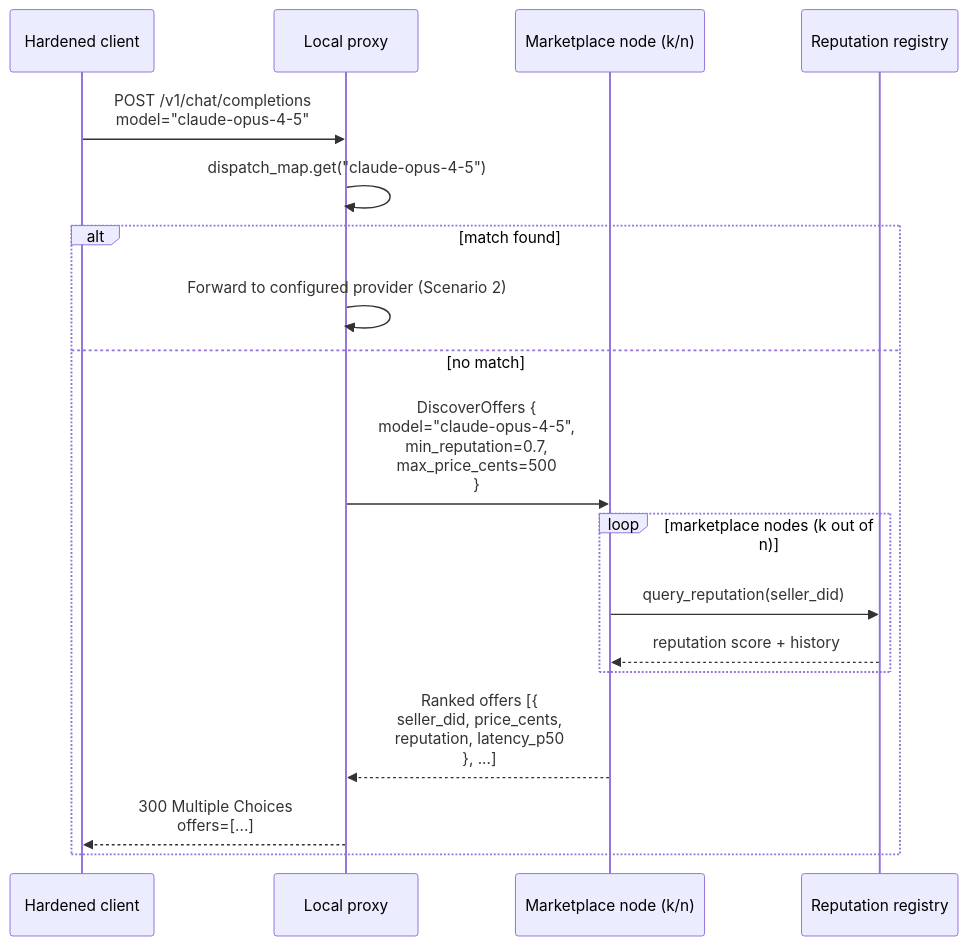
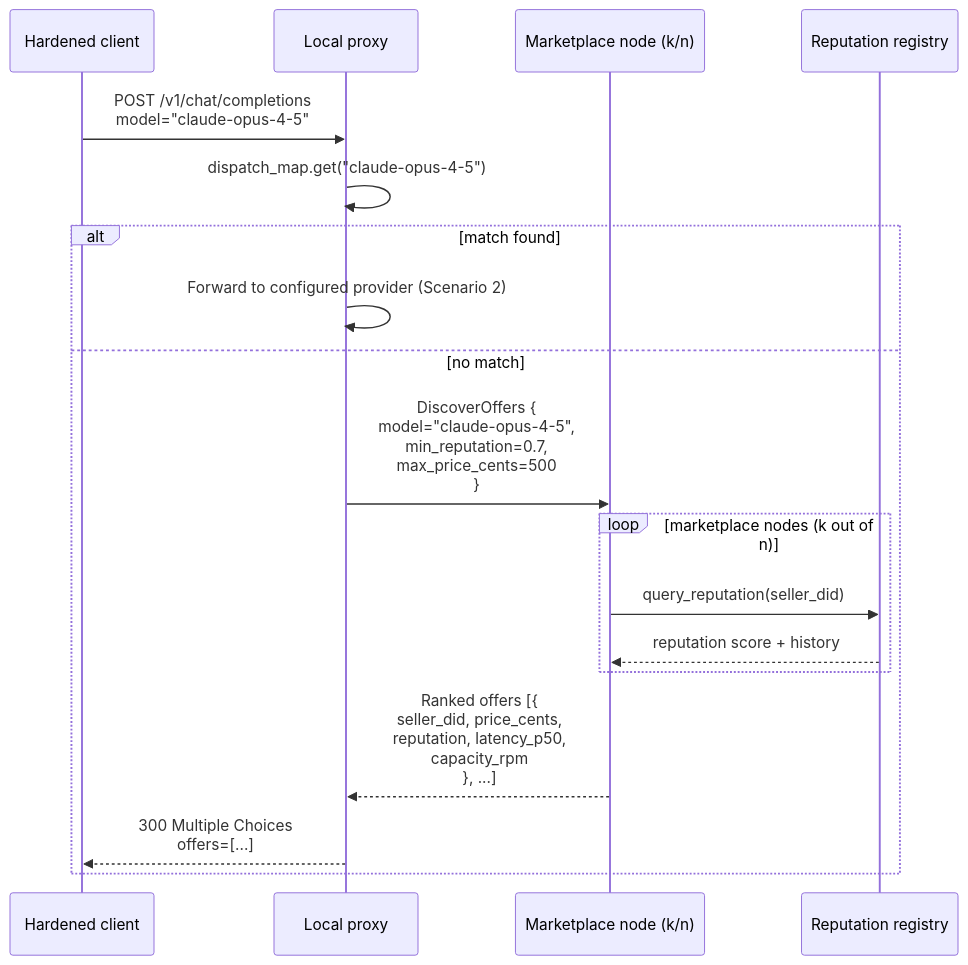
One commit to CipherOcto/cipherocto changed the sixth of 14 diagrams in docs/architecture/end-to-end-scenarios.md. Above: the diagram before and after it, drawn with Mermaid. The commit also changed other lines of this file, not shown here.

````diff
--- a/docs/architecture/end-to-end-scenarios.md
+++ b/docs/architecture/end-to-end-scenarios.md
@@ -240,21 +265,21 @@
 ```mermaid
 sequenceDiagram
     participant C as Hardened client
     participant P as Local proxy
     participant MK as Marketplace node (k/n)
     participant R as Reputation registry
 
     C->>P: POST /v1/chat/completions<br/>model="claude-opus-4-5"
     P->>P: dispatch_map.get("claude-opus-4-5")
     alt match found
         P->>P: Forward to configured provider (Scenario 2)
     else no match
         P->>MK: DiscoverOffers {<br/>  model="claude-opus-4-5",<br/>  min_reputation=0.7,<br/>  max_price_cents=500<br/>}
         loop marketplace nodes (k out of n)
             MK->>R: query_reputation(seller_did)
             R-->>MK: reputation score + history
         end
-        MK-->>P: Ranked offers [{<br/>  seller_did, price_cents,<br/>  reputation, latency_p50<br/>}, ...]
+        MK-->>P: Ranked offers [{<br/>  seller_did, price_cents,<br/>  reputation, latency_p50,<br/>  capacity_rpm<br/>}, ...]
         P-->>C: 300 Multiple Choices<br/>offers=[...]
     end
 ```
````
